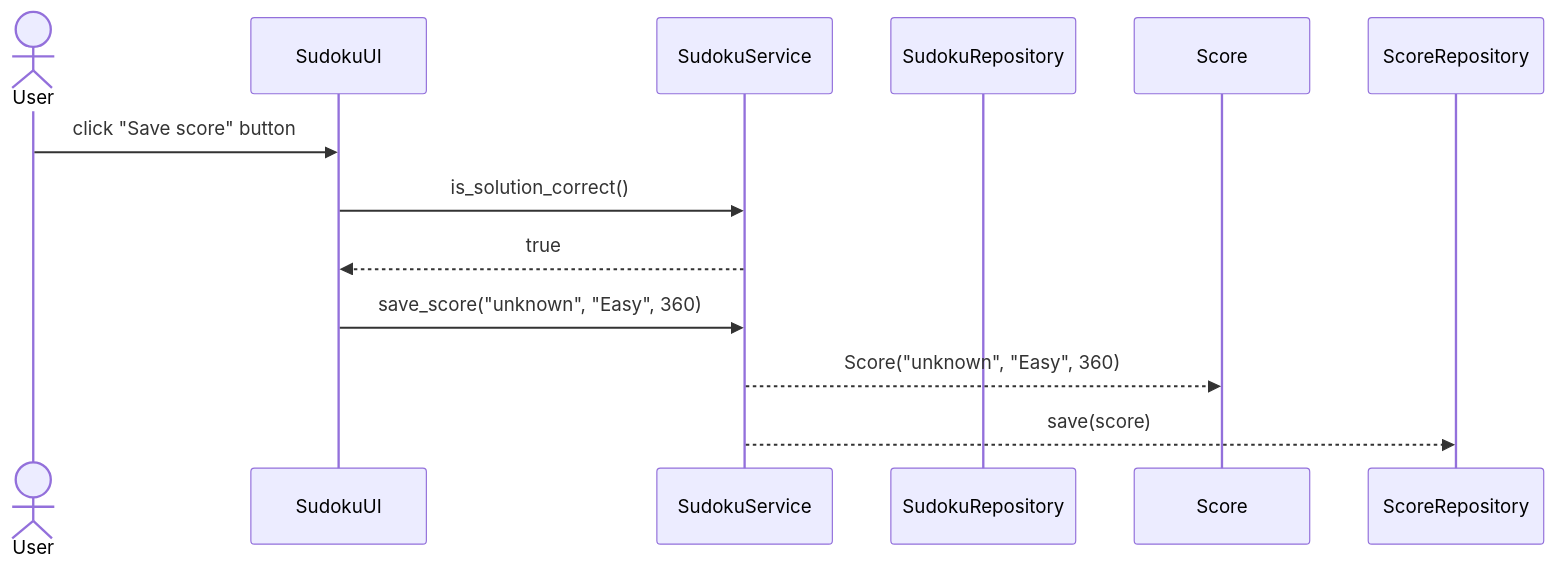
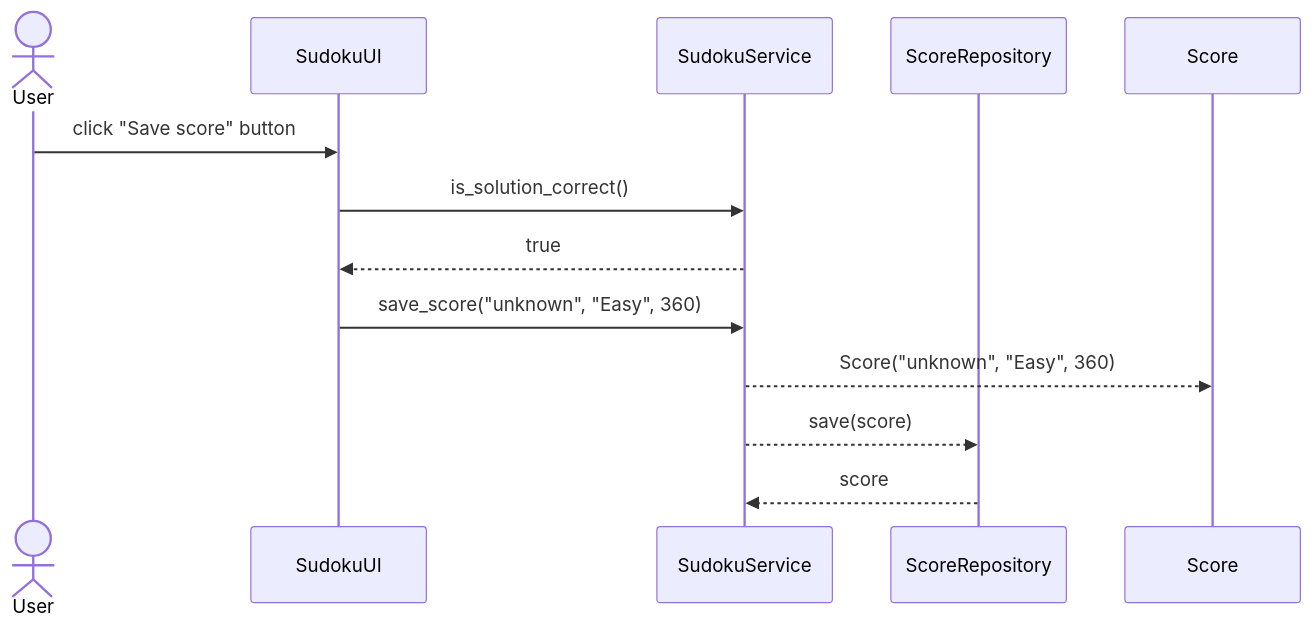
One commit to uyenmh/ot-harjoitustyo changed the fourth of 4 diagrams in dokumentaatio/arkkitehtuuri.md. Above: the diagram before and after it, drawn with Mermaid. The commit also changed 1 other file, not shown here.

Commit message:
fix mistakes in documentation

````diff
--- a/dokumentaatio/arkkitehtuuri.md
+++ b/dokumentaatio/arkkitehtuuri.md
@@ -118,15 +118,16 @@
   ```mermaid
 sequenceDiagram
   actor User
   participant SudokuUI
   participant SudokuService
-  participant SudokuRepository
+  participant ScoreRepository
   participant Score
 
   User->>SudokuUI: click "Save score" button
   SudokuUI->>SudokuService: is_solution_correct()
   SudokuService-->>SudokuUI: true
   SudokuUI->>SudokuService: save_score("unknown", "Easy", 360)
   SudokuService-->>Score: Score("unknown", "Easy", 360)
   SudokuService-->>ScoreRepository: save(score)
+  ScoreRepository-->>SudokuService: score
 ```
````
